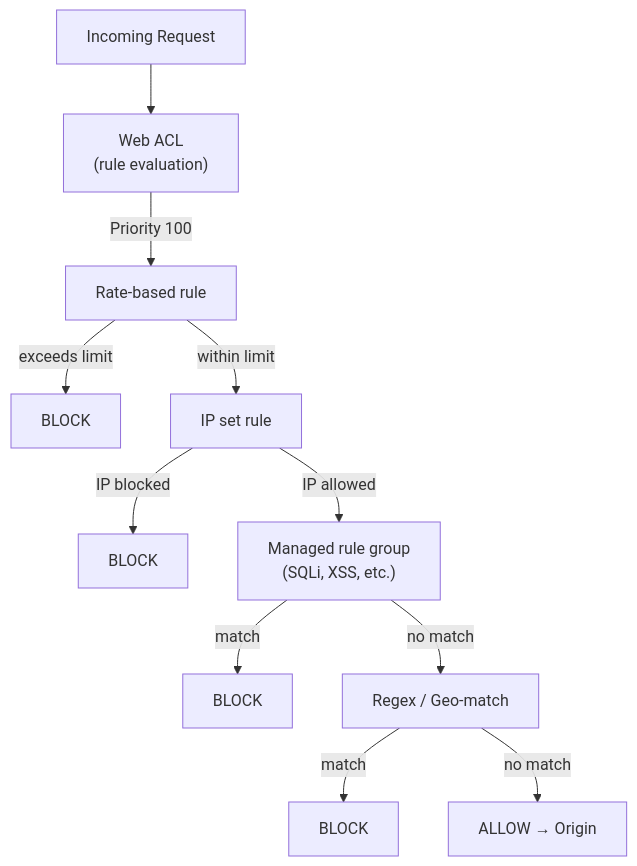
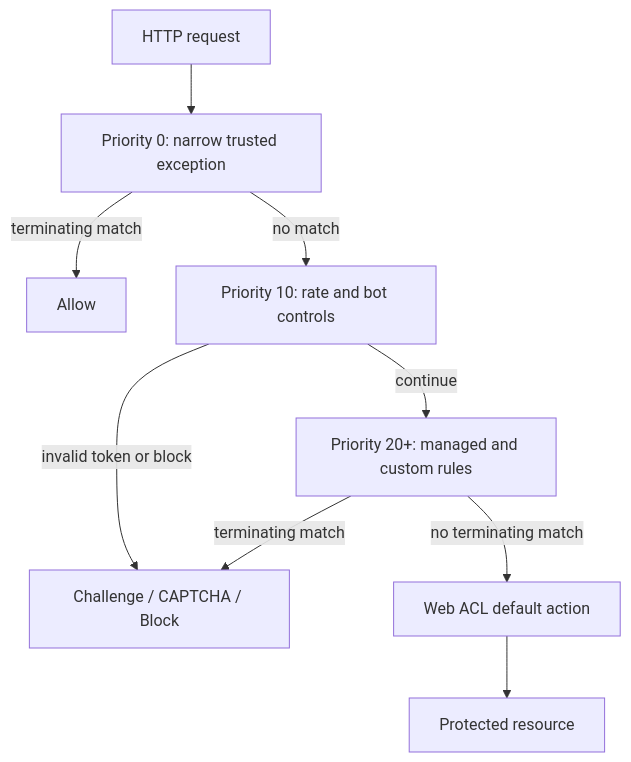
The diagram in Security/WAF-Best-Practices.md (AlexanderBesss/AWS_best_praactices), drawn with Mermaid before and after one commit. The commit also changed other lines of this file and 31 other files, not shown here.

````diff
--- a/Security/WAF-Best-Practices.md
+++ b/Security/WAF-Best-Practices.md
@@ -28,13 +26,11 @@
 ```mermaid
 flowchart TD
-    R["Incoming Request"] --> W["Web ACL\n(rule evaluation)"]
-    W -->|"Priority 100"| R1["Rate-based rule"]
-    R1 -->|"exceeds limit"| B1["BLOCK"]
-    R1 -->|"within limit"| R2["IP set rule"]
-    R2 -->|"IP blocked"| B2["BLOCK"]
-    R2 -->|"IP allowed"| R3["Managed rule group\n(SQLi, XSS, etc.)"]
-    R3 -->|"match"| B3["BLOCK"]
-    R3 -->|"no match"| R4["Regex / Geo-match"]
-    R4 -->|"match"| B4["BLOCK"]
-    R4 -->|"no match"| A1["ALLOW → Origin"]
+    Q["HTTP request"] --> R1["Priority 0: narrow trusted exception"]
+    R1 -->|terminating match| A["Allow"]
+    R1 -->|no match| R2["Priority 10: rate and bot controls"]
+    R2 -->|invalid token or block| B["Challenge / CAPTCHA / Block"]
+    R2 -->|continue| R3["Priority 20+: managed and custom rules"]
+    R3 -->|terminating match| B
+    R3 -->|no terminating match| D["Web ACL default action"]
+    D --> O["Protected resource"]
 ```
````
